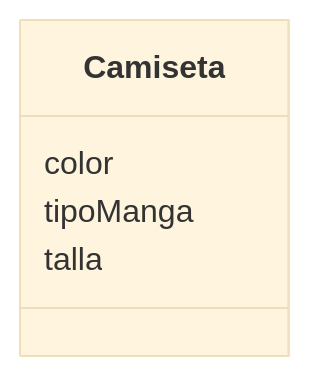
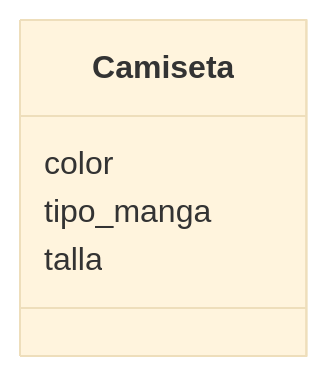
One commit to PatoAparicio/psg-oop-2025 changed the first of 2 diagrams in retos_sesion_01/ejercicio_02.md. Above: the diagram before and after it, drawn with Mermaid (base theme). The commit also changed other lines of this file and 2 other files, not shown here.

````diff
--- a/retos_sesion_01/ejercicio_02.md
+++ b/retos_sesion_01/ejercicio_02.md
@@ -53,8 +53,8 @@
 ```mermaid
 classDiagram
 class Camiseta {
     color
-    tipoManga
+    tipo_manga
     talla
     }
 ```
````
